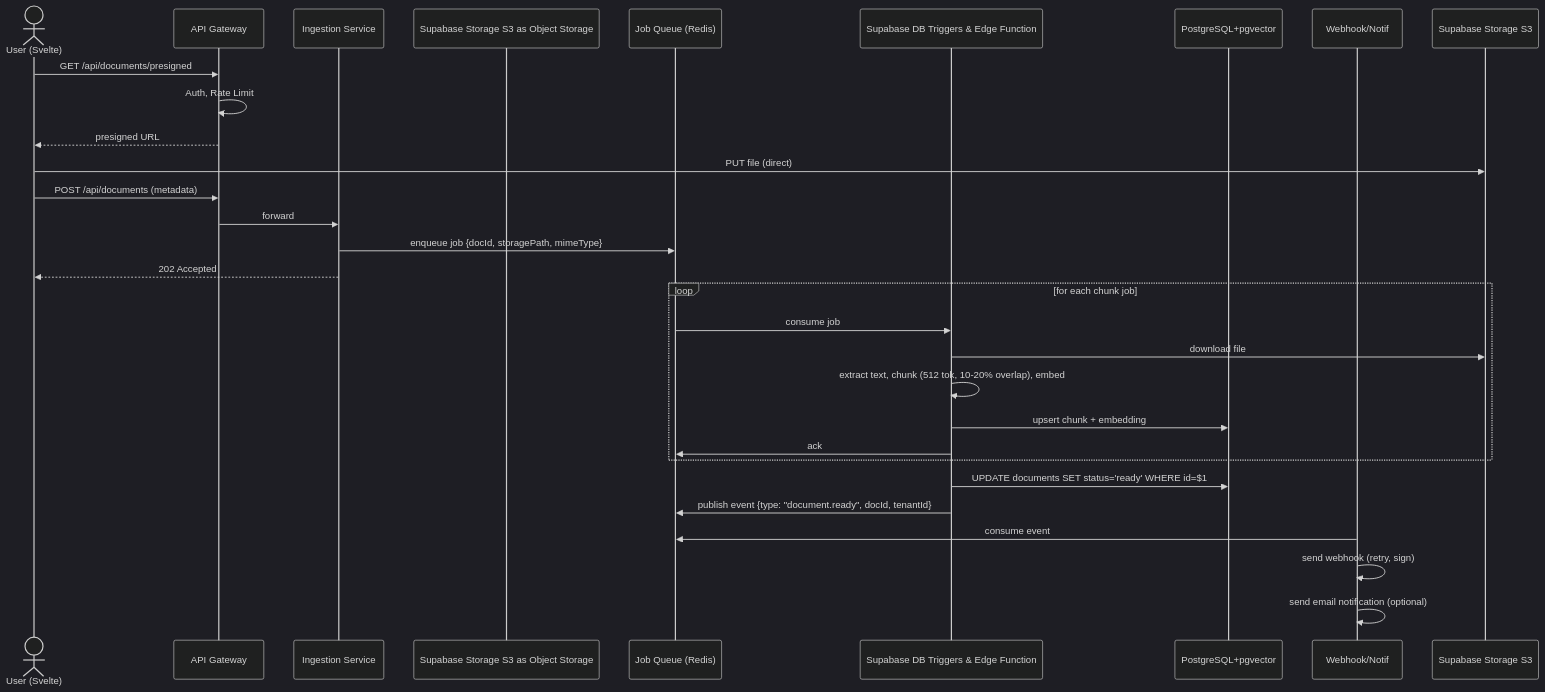
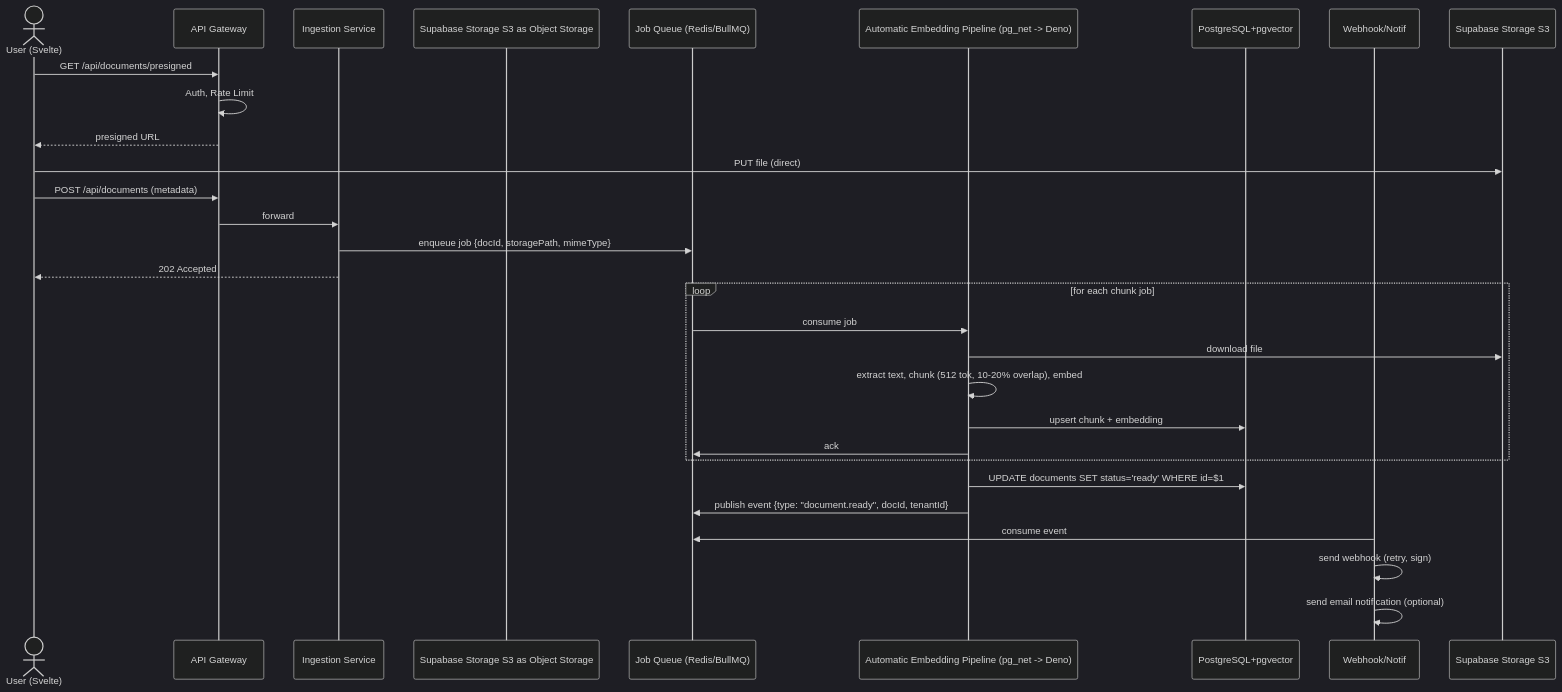
The first of 4 diagrams in PRD.md (kanzhamada/Dokyudo), drawn with Mermaid (dark theme) before and after one commit. The commit also changed other lines of this file and 5 other files, not shown here.

````diff
--- a/PRD.md
+++ b/PRD.md
@@ -331,34 +315,34 @@
 ```mermaid
 sequenceDiagram
     actor U as User (Svelte)
     participant GW as API Gateway
     participant IS as Ingestion Service
     participant Supabase Storage S3 as Object Storage
-    participant Q as Job Queue (Redis)
-    participant EW as Supabase DB Triggers & Edge Function
+    participant Q as Job Queue (Redis/BullMQ)
+    participant EW as Automatic Embedding Pipeline (pg_net -> Deno)
     participant VDB as PostgreSQL+pgvector
     participant WH as Webhook/Notif
 
     U->>GW: GET /api/documents/presigned
     GW->>GW: Auth, Rate Limit
     GW-->>U: presigned URL
     U->>Supabase Storage S3: PUT file (direct)
     U->>GW: POST /api/documents (metadata)
     GW->>IS: forward
     IS->>Q: enqueue job {docId, storagePath, mimeType}
     IS-->>U: 202 Accepted
 
     loop for each chunk job
         Q->>EW: consume job
         EW->>Supabase Storage S3: download file
         EW->>EW: extract text, chunk (512 tok, 10-20% overlap), embed
         EW->>VDB: upsert chunk + embedding
         EW->>Q: ack
     end
 
     EW->>VDB: UPDATE documents SET status='ready' WHERE id=$1
     EW->>Q: publish event {type: "document.ready", docId, tenantId}
     WH->>Q: consume event
     WH->>WH: send webhook (retry, sign)
     WH->>WH: send email notification (optional)
 ```
````
